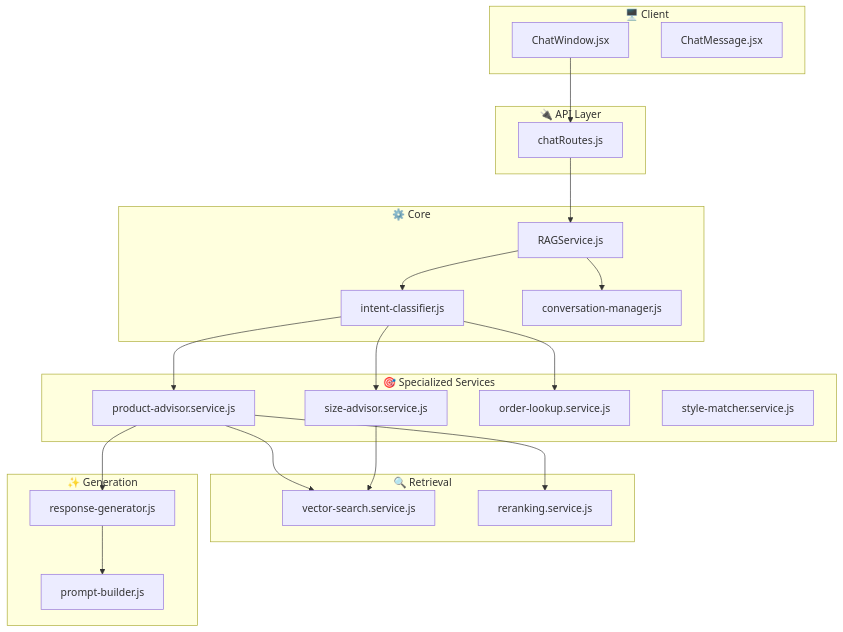
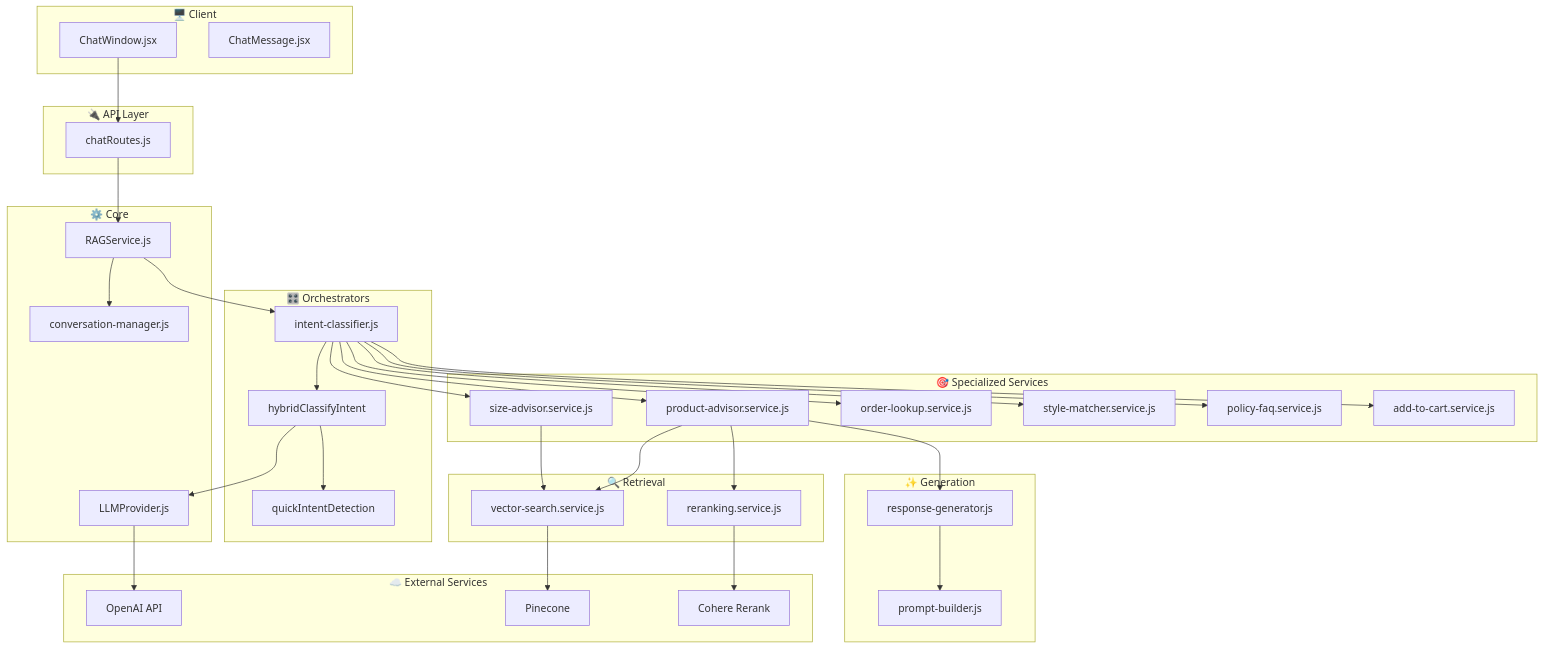
One commit to nguyen-le-huy/devenir changed the diagram in .github/rag/RAG_WORKFLOW.md. Above: the diagram before and after it, drawn with Mermaid. The commit also changed other lines of this file and 6 other files, not shown here.

````diff
--- a/.github/rag/RAG_WORKFLOW.md
+++ b/.github/rag/RAG_WORKFLOW.md
@@ -7,47 +9,70 @@
 ```mermaid
 flowchart TB
     subgraph Client["🖥️ Client"]
         CW[ChatWindow.jsx]
         CM[ChatMessage.jsx]
     end
     
     subgraph API["🔌 API Layer"]
         CR[chatRoutes.js]
     end
     
     subgraph Core["⚙️ Core"]
         RS[RAGService.js]
+        LP[LLMProvider.js]
+        ConvMgr[conversation-manager.js]
+    end
+    
+    subgraph Orchestrators["🎛️ Orchestrators"]
         IC[intent-classifier.js]
-        ConvMgr[conversation-manager.js]
+        HCI[hybridClassifyIntent]
+        QID[quickIntentDetection]
     end
     
     subgraph Specialized["🎯 Specialized Services"]
         PA[product-advisor.service.js]
         SA[size-advisor.service.js]
         OL[order-lookup.service.js]
         SM[style-matcher.service.js]
+        PF[policy-faq.service.js]
+        AC[add-to-cart.service.js]
     end
     
     subgraph Retrieval["🔍 Retrieval"]
         VS[vector-search.service.js]
         RR[reranking.service.js]
     end
     
     subgraph Generation["✨ Generation"]
         RG[response-generator.js]
         PB[prompt-builder.js]
     end
     
+    subgraph External["☁️ External Services"]
+        OAI[OpenAI API]
+        PC[Pinecone]
+        CO[Cohere Rerank]
+    end
+    
     CW --> CR
     CR --> RS
     RS --> IC
     RS --> ConvMgr
+    IC --> HCI
+    HCI --> QID
+    HCI --> LP
     IC --> PA
     IC --> SA
     IC --> OL
+    IC --> SM
+    IC --> PF
+    IC --> AC
     PA --> VS
     PA --> RR
     PA --> RG
     SA --> VS
     RG --> PB
+    LP --> OAI
+    VS --> PC
+    RR --> CO
 ```
````
